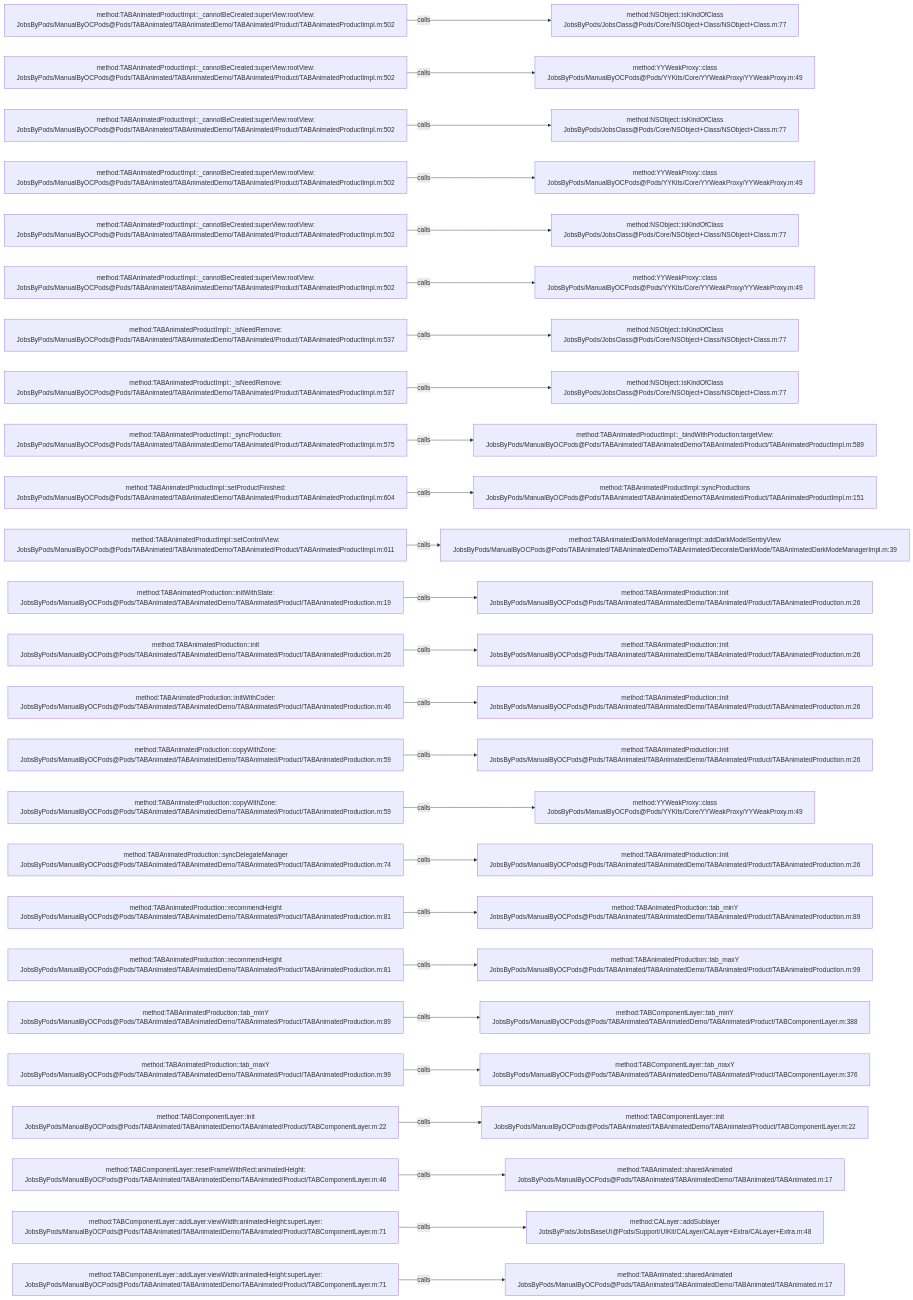
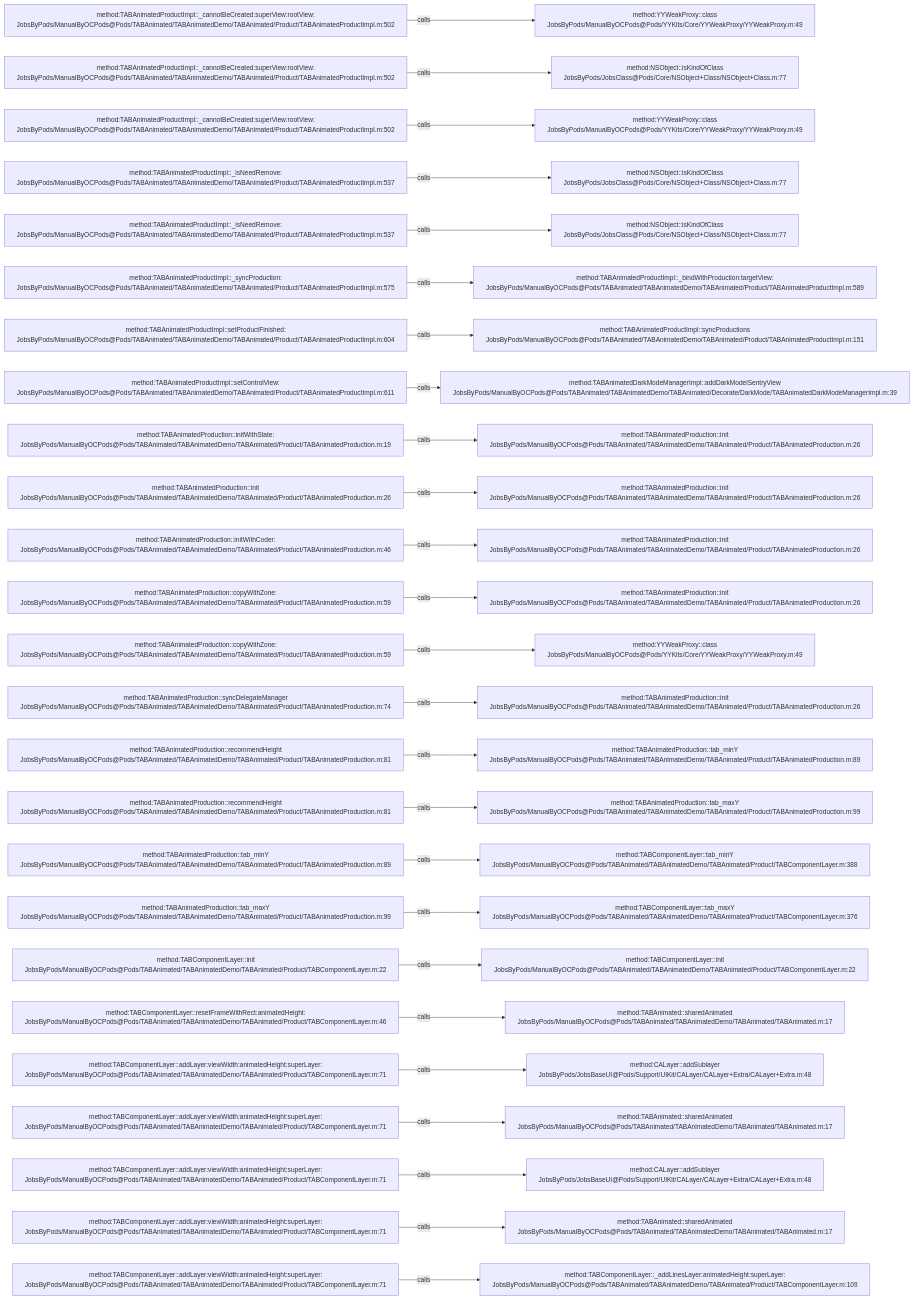
One commit to JobsKits/JobsOCBaseConfigDemo changed the diagram in .codegraph/codegraph.md/graphs/calls-039.md. Above: the diagram before and after it, drawn with Mermaid. The commit also changed 342 other files, not shown here.

````diff
--- a/.codegraph/codegraph.md/graphs/calls-039.md
+++ b/.codegraph/codegraph.md/graphs/calls-039.md
@@ -13,78 +13,78 @@
 ```mermaid
 flowchart LR
   S1["method:TABAnimatedProductImpl::_cannotBeCreated:superView:rootView:<br/>JobsByPods/ManualByOCPods@Pods/TABAnimated/TABAnimatedDemo/TABAnimated/Product/TABAnimatedProductImpl.m:502"]
-  T1["method:NSObject::isKindOfClass<br/>JobsByPods/JobsClass@Pods/Core/NSObject+Class/NSObject+Class.m:77"]
+  T1["method:YYWeakProxy::class<br/>JobsByPods/ManualByOCPods@Pods/YYKits/Core/YYWeakProxy/YYWeakProxy.m:49"]
   S1 -->|calls| T1
   S2["method:TABAnimatedProductImpl::_cannotBeCreated:superView:rootView:<br/>JobsByPods/ManualByOCPods@Pods/TABAnimated/TABAnimatedDemo/TABAnimated/Product/TABAnimatedProductImpl.m:502"]
-  T2["method:YYWeakProxy::class<br/>JobsByPods/ManualByOCPods@Pods/YYKits/Core/YYWeakProxy/YYWeakProxy.m:49"]
+  T2["method:NSObject::isKindOfClass<br/>JobsByPods/JobsClass@Pods/Core/NSObject+Class/NSObject+Class.m:77"]
   S2 -->|calls| T2
   S3["method:TABAnimatedProductImpl::_cannotBeCreated:superView:rootView:<br/>JobsByPods/ManualByOCPods@Pods/TABAnimated/TABAnimatedDemo/TABAnimated/Product/TABAnimatedProductImpl.m:502"]
-  T3["method:NSObject::isKindOfClass<br/>JobsByPods/JobsClass@Pods/Core/NSObject+Class/NSObject+Class.m:77"]
+  T3["method:YYWeakProxy::class<br/>JobsByPods/ManualByOCPods@Pods/YYKits/Core/YYWeakProxy/YYWeakProxy.m:49"]
   S3 -->|calls| T3
-  S4["method:TABAnimatedProductImpl::_cannotBeCreated:superView:rootView:<br/>JobsByPods/ManualByOCPods@Pods/TABAnimated/TABAnimatedDemo/TABAnimated/Product/TABAnimatedProductImpl.m:502"]
-  T4["method:YYWeakProxy::class<br/>JobsByPods/ManualByOCPods@Pods/YYKits/Core/YYWeakProxy/YYWeakProxy.m:49"]
+  S4["method:TABAnimatedProductImpl::_isNeedRemove:<br/>JobsByPods/ManualByOCPods@Pods/TABAnimated/TABAnimatedDemo/TABAnimated/Product/TABAnimatedProductImpl.m:537"]
+  T4["method:NSObject::isKindOfClass<br/>JobsByPods/JobsClass@Pods/Core/NSObject+Class/NSObject+Class.m:77"]
   S4 -->|calls| T4
-  S5["method:TABAnimatedProductImpl::_cannotBeCreated:superView:rootView:<br/>JobsByPods/ManualByOCPods@Pods/TABAnimated/TABAnimatedDemo/TABAnimated/Product/TABAnimatedProductImpl.m:502"]
+  S5["method:TABAnimatedProductImpl::_isNeedRemove:<br/>JobsByPods/ManualByOCPods@Pods/TABAnimated/TABAnimatedDemo/TABAnimated/Product/TABAnimatedProductImpl.m:537"]
   T5["method:NSObject::isKindOfClass<br/>JobsByPods/JobsClass@Pods/Core/NSObject+Class/NSObject+Class.m:77"]
   S5 -->|calls| T5
-  S6["method:TABAnimatedProductImpl::_cannotBeCreated:superView:rootView:<br/>JobsByPods/ManualByOCPods@Pods/TABAnimated/TABAnimatedDemo/TABAnimated/Product/TABAnimatedProductImpl.m:502"]
-  T6["method:YYWeakProxy::class<br/>JobsByPods/ManualByOCPods@Pods/YYKits/Core/YYWeakProxy/YYWeakProxy.m:49"]
+  S6["method:TABAnimatedProductImpl::_syncProduction:<br/>JobsByPods/ManualByOCPods@Pods/TABAnimated/TABAnimatedDemo/TABAnimated/Product/TABAnimatedProductImpl.m:575"]
+  T6["method:TABAnimatedProductImpl::_bindWithProduction:targetView:<br/>JobsByPods/ManualByOCPods@Pods/TABAnimated/TABAnimatedDemo/TABAnimated/Product/TABAnimatedProductImpl.m:589"]
   S6 -->|calls| T6
-  S7["method:TABAnimatedProductImpl::_isNeedRemove:<br/>JobsByPods/ManualByOCPods@Pods/TABAnimated/TABAnimatedDemo/TABAnimated/Product/TABAnimatedProductImpl.m:537"]
-  T7["method:NSObject::isKindOfClass<br/>JobsByPods/JobsClass@Pods/Core/NSObject+Class/NSObject+Class.m:77"]
+  S7["method:TABAnimatedProductImpl::setProductFinished:<br/>JobsByPods/ManualByOCPods@Pods/TABAnimated/TABAnimatedDemo/TABAnimated/Product/TABAnimatedProductImpl.m:604"]
+  T7["method:TABAnimatedProductImpl::syncProductions<br/>JobsByPods/ManualByOCPods@Pods/TABAnimated/TABAnimatedDemo/TABAnimated/Product/TABAnimatedProductImpl.m:151"]
   S7 -->|calls| T7
-  S8["method:TABAnimatedProductImpl::_isNeedRemove:<br/>JobsByPods/ManualByOCPods@Pods/TABAnimated/TABAnimatedDemo/TABAnimated/Product/TABAnimatedProductImpl.m:537"]
-  T8["method:NSObject::isKindOfClass<br/>JobsByPods/JobsClass@Pods/Core/NSObject+Class/NSObject+Class.m:77"]
+  S8["method:TABAnimatedProductImpl::setControlView:<br/>JobsByPods/ManualByOCPods@Pods/TABAnimated/TABAnimatedDemo/TABAnimated/Product/TABAnimatedProductImpl.m:611"]
+  T8["method:TABAnimatedDarkModeManagerImpl::addDarkModelSentryView<br/>JobsByPods/ManualByOCPods@Pods/TABAnimated/TABAnimatedDemo/TABAnimated/Decorate/DarkMode/TABAnimatedDarkModeManagerImpl.m:39"]
   S8 -->|calls| T8
-  S9["method:TABAnimatedProductImpl::_syncProduction:<br/>JobsByPods/ManualByOCPods@Pods/TABAnimated/TABAnimatedDemo/TABAnimated/Product/TABAnimatedProductImpl.m:575"]
-  T9["method:TABAnimatedProductImpl::_bindWithProduction:targetView:<br/>JobsByPods/ManualByOCPods@Pods/TABAnimated/TABAnimatedDemo/TABAnimated/Product/TABAnimatedProductImpl.m:589"]
+  S9["method:TABAnimatedProduction::initWithState:<br/>JobsByPods/ManualByOCPods@Pods/TABAnimated/TABAnimatedDemo/TABAnimated/Product/TABAnimatedProduction.m:19"]
+  T9["method:TABAnimatedProduction::init<br/>JobsByPods/ManualByOCPods@Pods/TABAnimated/TABAnimatedDemo/TABAnimated/Product/TABAnimatedProduction.m:26"]
   S9 -->|calls| T9
-  S10["method:TABAnimatedProductImpl::setProductFinished:<br/>JobsByPods/ManualByOCPods@Pods/TABAnimated/TABAnimatedDemo/TABAnimated/Product/TABAnimatedProductImpl.m:604"]
-  T10["method:TABAnimatedProductImpl::syncProductions<br/>JobsByPods/ManualByOCPods@Pods/TABAnimated/TABAnimatedDemo/TABAnimated/Product/TABAnimatedProductImpl.m:151"]
+  S10["method:TABAnimatedProduction::init<br/>JobsByPods/ManualByOCPods@Pods/TABAnimated/TABAnimatedDemo/TABAnimated/Product/TABAnimatedProduction.m:26"]
+  T10["method:TABAnimatedProduction::init<br/>JobsByPods/ManualByOCPods@Pods/TABAnimated/TABAnimatedDemo/TABAnimated/Product/TABAnimatedProduction.m:26"]
   S10 -->|calls| T10
-  S11["method:TABAnimatedProductImpl::setControlView:<br/>JobsByPods/ManualByOCPods@Pods/TABAnimated/TABAnimatedDemo/TABAnimated/Product/TABAnimatedProductImpl.m:611"]
-  T11["method:TABAnimatedDarkModeManagerImpl::addDarkModelSentryView<br/>JobsByPods/ManualByOCPods@Pods/TABAnimated/TABAnimatedDemo/TABAnimated/Decorate/DarkMode/TABAnimatedDarkModeManagerImpl.m:39"]
+  S11["method:TABAnimatedProduction::initWithCoder:<br/>JobsByPods/ManualByOCPods@Pods/TABAnimated/TABAnimatedDemo/TABAnimated/Product/TABAnimatedProduction.m:46"]
+  T11["method:TABAnimatedProduction::init<br/>JobsByPods/ManualByOCPods@Pods/TABAnimated/TABAnimatedDemo/TABAnimated/Product/TABAnimatedProduction.m:26"]
   S11 -->|calls| T11
-  S12["method:TABAnimatedProduction::initWithState:<br/>JobsByPods/ManualByOCPods@Pods/TABAnimated/TABAnimatedDemo/TABAnimated/Product/TABAnimatedProduction.m:19"]
+  S12["method:TABAnimatedProduction::copyWithZone:<br/>JobsByPods/ManualByOCPods@Pods/TABAnimated/TABAnimatedDemo/TABAnimated/Product/TABAnimatedProduction.m:59"]
   T12["method:TABAnimatedProduction::init<br/>JobsByPods/ManualByOCPods@Pods/TABAnimated/TABAnimatedDemo/TABAnimated/Product/TABAnimatedProduction.m:26"]
   S12 -->|calls| T12
-  S13["method:TABAnimatedProduction::init<br/>JobsByPods/ManualByOCPods@Pods/TABAnimated/TABAnimatedDemo/TABAnimated/Product/TABAnimatedProduction.m:26"]
-  T13["method:TABAnimatedProduction::init<br/>JobsByPods/ManualByOCPods@Pods/TABAnimated/TABAnimatedDemo/TABAnimated/Product/TABAnimatedProduction.m:26"]
+  S13["method:TABAnimatedProduction::copyWithZone:<br/>JobsByPods/ManualByOCPods@Pods/TABAnimated/TABAnimatedDemo/TABAnimated/Product/TABAnimatedProduction.m:59"]
+  T13["method:YYWeakProxy::class<br/>JobsByPods/ManualByOCPods@Pods/YYKits/Core/YYWeakProxy/YYWeakProxy.m:49"]
   S13 -->|calls| T13
-  S14["method:TABAnimatedProduction::initWithCoder:<br/>JobsByPods/ManualByOCPods@Pods/TABAnimated/TABAnimatedDemo/TABAnimated/Product/TABAnimatedProduction.m:46"]
+  S14["method:TABAnimatedProduction::syncDelegateManager<br/>JobsByPods/ManualByOCPods@Pods/TABAnimated/TABAnimatedDemo/TABAnimated/Product/TABAnimatedProduction.m:74"]
   T14["method:TABAnimatedProduction::init<br/>JobsByPods/ManualByOCPods@Pods/TABAnimated/TABAnimatedDemo/TABAnimated/Product/TABAnimatedProduction.m:26"]
   S14 -->|calls| T14
-  S15["method:TABAnimatedProduction::copyWithZone:<br/>JobsByPods/ManualByOCPods@Pods/TABAnimated/TABAnimatedDemo/TABAnimated/Product/TABAnimatedProduction.m:59"]
-  T15["method:TABAnimatedProduction::init<br/>JobsByPods/ManualByOCPods@Pods/TABAnimated/TABAnimatedDemo/TABAnimated/Product/TABAnimatedProduction.m:26"]
+  S15["method:TABAnimatedProduction::recommendHeight<br/>JobsByPods/ManualByOCPods@Pods/TABAnimated/TABAnimatedDemo/TABAnimated/Product/TABAnimatedProduction.m:81"]
+  T15["method:TABAnimatedProduction::tab_minY<br/>JobsByPods/ManualByOCPods@Pods/TABAnimated/TABAnimatedDemo/TABAnimated/Product/TABAnimatedProduction.m:89"]
   S15 -->|calls| T15
-  S16["method:TABAnimatedProduction::copyWithZone:<br/>JobsByPods/ManualByOCPods@Pods/TABAnimated/TABAnimatedDemo/TABAnimated/Product/TABAnimatedProduction.m:59"]
-  T16["method:YYWeakProxy::class<br/>JobsByPods/ManualByOCPods@Pods/YYKits/Core/YYWeakProxy/YYWeakProxy.m:49"]
+  S16["method:TABAnimatedProduction::recommendHeight<br/>JobsByPods/ManualByOCPods@Pods/TABAnimated/TABAnimatedDemo/TABAnimated/Product/TABAnimatedProduction.m:81"]
+  T16["method:TABAnimatedProduction::tab_maxY<br/>JobsByPods/ManualByOCPods@Pods/TABAnimated/TABAnimatedDemo/TABAnimated/Product/TABAnimatedProduction.m:99"]
   S16 -->|calls| T16
-  S17["method:TABAnimatedProduction::syncDelegateManager<br/>JobsByPods/ManualByOCPods@Pods/TABAnimated/TABAnimatedDemo/TABAnimated/Product/TABAnimatedProduction.m:74"]
-  T17["method:TABAnimatedProduction::init<br/>JobsByPods/ManualByOCPods@Pods/TABAnimated/TABAnimatedDemo/TABAnimated/Product/TABAnimatedProduction.m:26"]
+  S17["method:TABAnimatedProduction::tab_minY<br/>JobsByPods/ManualByOCPods@Pods/TABAnimated/TABAnimatedDemo/TABAnimated/Product/TABAnimatedProduction.m:89"]
+  T17["method:TABComponentLayer::tab_minY<br/>JobsByPods/ManualByOCPods@Pods/TABAnimated/TABAnimatedDemo/TABAnimated/Product/TABComponentLayer.m:388"]
   S17 -->|calls| T17
-  S18["method:TABAnimatedProduction::recommendHeight<br/>JobsByPods/ManualByOCPods@Pods/TABAnimated/TABAnimatedDemo/TABAnimated/Product/TABAnimatedProduction.m:81"]
-  T18["method:TABAnimatedProduction::tab_minY<br/>JobsByPods/ManualByOCPods@Pods/TABAnimated/TABAnimatedDemo/TABAnimated/Product/TABAnimatedProduction.m:89"]
+  S18["method:TABAnimatedProduction::tab_maxY<br/>JobsByPods/ManualByOCPods@Pods/TABAnimated/TABAnimatedDemo/TABAnimated/Product/TABAnimatedProduction.m:99"]
+  T18["method:TABComponentLayer::tab_maxY<br/>JobsByPods/ManualByOCPods@Pods/TABAnimated/TABAnimatedDemo/TABAnimated/Product/TABComponentLayer.m:376"]
   S18 -->|calls| T18
-  S19["method:TABAnimatedProduction::recommendHeight<br/>JobsByPods/ManualByOCPods@Pods/TABAnimated/TABAnimatedDemo/TABAnimated/Product/TABAnimatedProduction.m:81"]
-  T19["method:TABAnimatedProduction::tab_maxY<br/>JobsByPods/ManualByOCPods@Pods/TABAnimated/TABAnimatedDemo/TABAnimated/Product/TABAnimatedProduction.m:99"]
+  S19["method:TABComponentLayer::init<br/>JobsByPods/ManualByOCPods@Pods/TABAnimated/TABAnimatedDemo/TABAnimated/Product/TABComponentLayer.m:22"]
+  T19["method:TABComponentLayer::init<br/>JobsByPods/ManualByOCPods@Pods/TABAnimated/TABAnimatedDemo/TABAnimated/Product/TABComponentLayer.m:22"]
   S19 -->|calls| T19
-  S20["method:TABAnimatedProduction::tab_minY<br/>JobsByPods/ManualByOCPods@Pods/TABAnimated/TABAnimatedDemo/TABAnimated/Product/TABAnimatedProduction.m:89"]
-  T20["method:TABComponentLayer::tab_minY<br/>JobsByPods/ManualByOCPods@Pods/TABAnimated/TABAnimatedDemo/TABAnimated/Product/TABComponentLayer.m:388"]
+  S20["method:TABComponentLayer::resetFrameWithRect:animatedHeight:<br/>JobsByPods/ManualByOCPods@Pods/TABAnimated/TABAnimatedDemo/TABAnimated/Product/TABComponentLayer.m:46"]
+  T20["method:TABAnimated::sharedAnimated<br/>JobsByPods/ManualByOCPods@Pods/TABAnimated/TABAnimatedDemo/TABAnimated/TABAnimated.m:17"]
   S20 -->|calls| T20
-  S21["method:TABAnimatedProduction::tab_maxY<br/>JobsByPods/ManualByOCPods@Pods/TABAnimated/TABAnimatedDemo/TABAnimated/Product/TABAnimatedProduction.m:99"]
-  T21["method:TABComponentLayer::tab_maxY<br/>JobsByPods/ManualByOCPods@Pods/TABAnimated/TABAnimatedDemo/TABAnimated/Product/TABComponentLayer.m:376"]
+  S21["method:TABComponentLayer::addLayer:viewWidth:animatedHeight:superLayer:<br/>JobsByPods/ManualByOCPods@Pods/TABAnimated/TABAnimatedDemo/TABAnimated/Product/TABComponentLayer.m:71"]
+  T21["method:CALayer::addSublayer<br/>JobsByPods/JobsBaseUI@Pods/Support/UIKit/CALayer/CALayer+Extra/CALayer+Extra.m:48"]
   S21 -->|calls| T21
-  S22["method:TABComponentLayer::init<br/>JobsByPods/ManualByOCPods@Pods/TABAnimated/TABAnimatedDemo/TABAnimated/Product/TABComponentLayer.m:22"]
-  T22["method:TABComponentLayer::init<br/>JobsByPods/ManualByOCPods@Pods/TABAnimated/TABAnimatedDemo/TABAnimated/Product/TABComponentLayer.m:22"]
+  S22["method:TABComponentLayer::addLayer:viewWidth:animatedHeight:superLayer:<br/>JobsByPods/ManualByOCPods@Pods/TABAnimated/TABAnimatedDemo/TABAnimated/Product/TABComponentLayer.m:71"]
+  T22["method:TABAnimated::sharedAnimated<br/>JobsByPods/ManualByOCPods@Pods/TABAnimated/TABAnimatedDemo/TABAnimated/TABAnimated.m:17"]
   S22 -->|calls| T22
-  S23["method:TABComponentLayer::resetFrameWithRect:animatedHeight:<br/>JobsByPods/ManualByOCPods@Pods/TABAnimated/TABAnimatedDemo/TABAnimated/Product/TABComponentLayer.m:46"]
-  T23["method:TABAnimated::sharedAnimated<br/>JobsByPods/ManualByOCPods@Pods/TABAnimated/TABAnimatedDemo/TABAnimated/TABAnimated.m:17"]
+  S23["method:TABComponentLayer::addLayer:viewWidth:animatedHeight:superLayer:<br/>JobsByPods/ManualByOCPods@Pods/TABAnimated/TABAnimatedDemo/TABAnimated/Product/TABComponentLayer.m:71"]
+  T23["method:CALayer::addSublayer<br/>JobsByPods/JobsBaseUI@Pods/Support/UIKit/CALayer/CALayer+Extra/CALayer+Extra.m:48"]
   S23 -->|calls| T23
   S24["method:TABComponentLayer::addLayer:viewWidth:animatedHeight:superLayer:<br/>JobsByPods/ManualByOCPods@Pods/TABAnimated/TABAnimatedDemo/TABAnimated/Product/TABComponentLayer.m:71"]
-  T24["method:CALayer::addSublayer<br/>JobsByPods/JobsBaseUI@Pods/Support/UIKit/CALayer/CALayer+Extra/CALayer+Extra.m:48"]
+  T24["method:TABAnimated::sharedAnimated<br/>JobsByPods/ManualByOCPods@Pods/TABAnimated/TABAnimatedDemo/TABAnimated/TABAnimated.m:17"]
   S24 -->|calls| T24
   S25["method:TABComponentLayer::addLayer:viewWidth:animatedHeight:superLayer:<br/>JobsByPods/ManualByOCPods@Pods/TABAnimated/TABAnimatedDemo/TABAnimated/Product/TABComponentLayer.m:71"]
-  T25["method:TABAnimated::sharedAnimated<br/>JobsByPods/ManualByOCPods@Pods/TABAnimated/TABAnimatedDemo/TABAnimated/TABAnimated.m:17"]
+  T25["method:TABComponentLayer::_addLinesLayer:animatedHeight:superLayer:<br/>JobsByPods/ManualByOCPods@Pods/TABAnimated/TABAnimatedDemo/TABAnimated/Product/TABComponentLayer.m:109"]
   S25 -->|calls| T25
 ```
````
